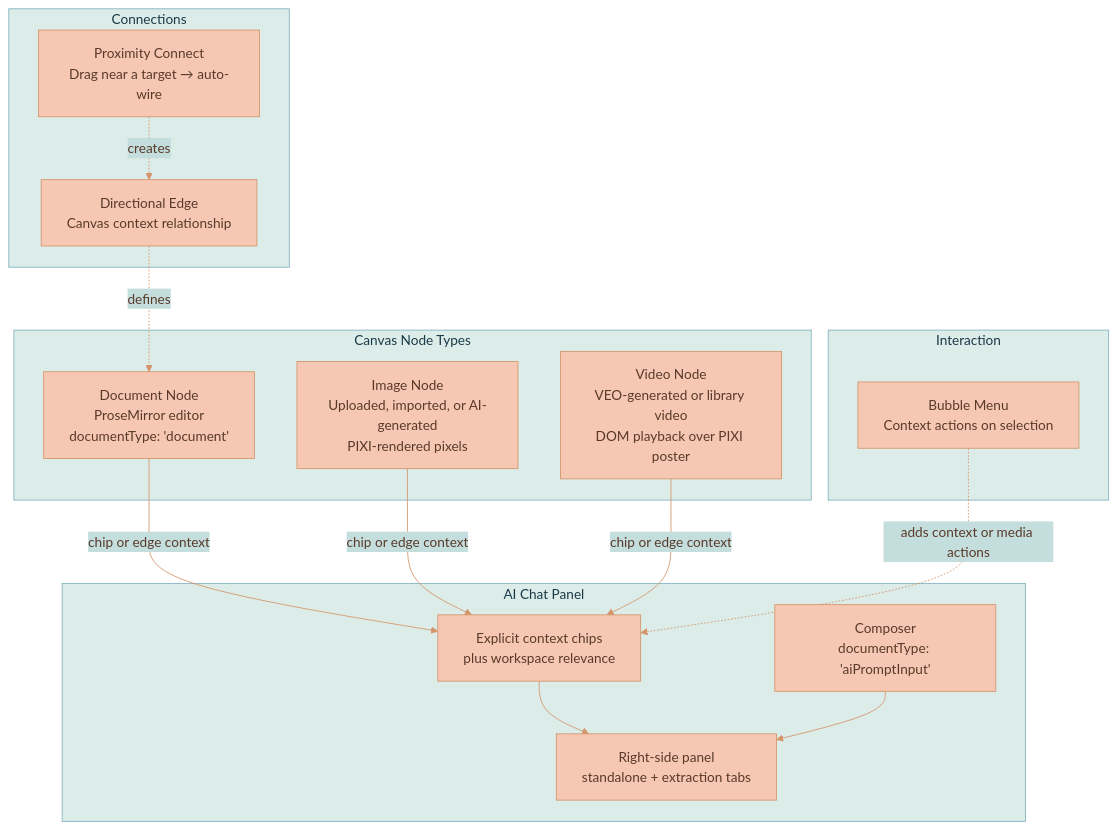
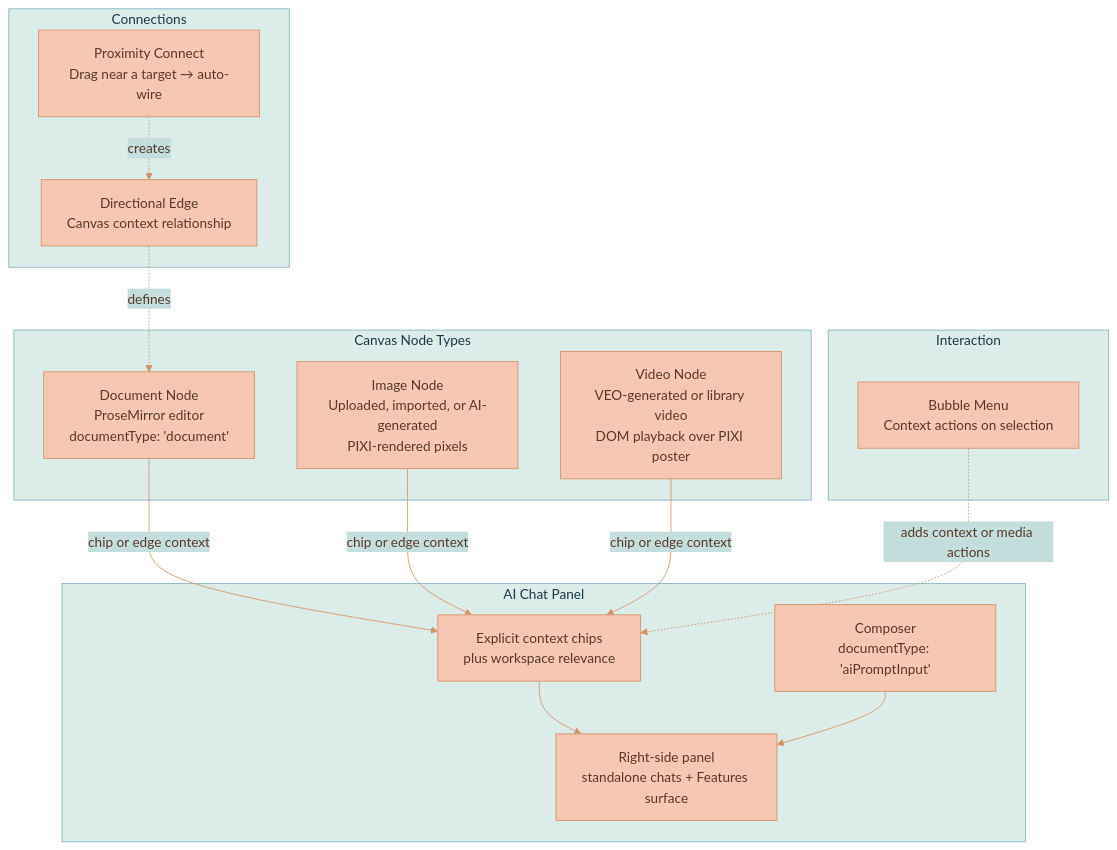
One commit to Lixpi/lixpi changed the first of 7 diagrams in documentation/PRODUCT-OVERVIEW.md. Above: the diagram before and after it, drawn with Mermaid. The commit also changed 34 other files, not shown here.

````diff
--- a/documentation/PRODUCT-OVERVIEW.md
+++ b/documentation/PRODUCT-OVERVIEW.md
@@ -23,33 +23,33 @@
 ```mermaid
 %%{init: {'theme': 'base', 'themeVariables': { 'primaryColor': '#F6C7B3', 'primaryTextColor': '#5a3a2a', 'primaryBorderColor': '#d4956a', 'secondaryColor': '#C3DEDD', 'secondaryTextColor': '#1a3a47', 'secondaryBorderColor': '#4a8a9d', 'tertiaryColor': '#DCECE9', 'tertiaryTextColor': '#1a3a47', 'tertiaryBorderColor': '#82B2C0', 'lineColor': '#d4956a', 'textColor': '#5a3a2a'}}}%%
 graph TB
     subgraph "Canvas Node Types"
         Doc[Document Node<br/>ProseMirror editor<br/>documentType: 'document']
         Img[Image Node<br/>Uploaded, imported, or AI-generated<br/>PIXI-rendered pixels]
         Vid[Video Node<br/>VEO-generated or library video<br/>DOM playback over PIXI poster]
     end
 
     subgraph "AI Chat Panel"
-        Panel[Right-side panel<br/>standalone + extraction tabs]
+        Panel[Right-side panel<br/>standalone chats + Features surface]
         Chips[Explicit context chips<br/>plus workspace relevance]
         Composer[Composer<br/>documentType: 'aiPromptInput']
     end
 
     subgraph "Connections"
         Edge[Directional Edge<br/>Canvas context relationship]
         Prox[Proximity Connect<br/>Drag near a target → auto-wire]
     end
 
     subgraph "Interaction"
         Bubble[Bubble Menu<br/>Context actions on selection]
     end
 
     Doc -->|chip or edge context| Chips
     Img -->|chip or edge context| Chips
     Vid -->|chip or edge context| Chips
     Chips --> Panel
     Composer --> Panel
     Edge -.->|defines| Doc
     Prox -.->|creates| Edge
     Bubble -.->|adds context or media actions| Chips
 ```
````
